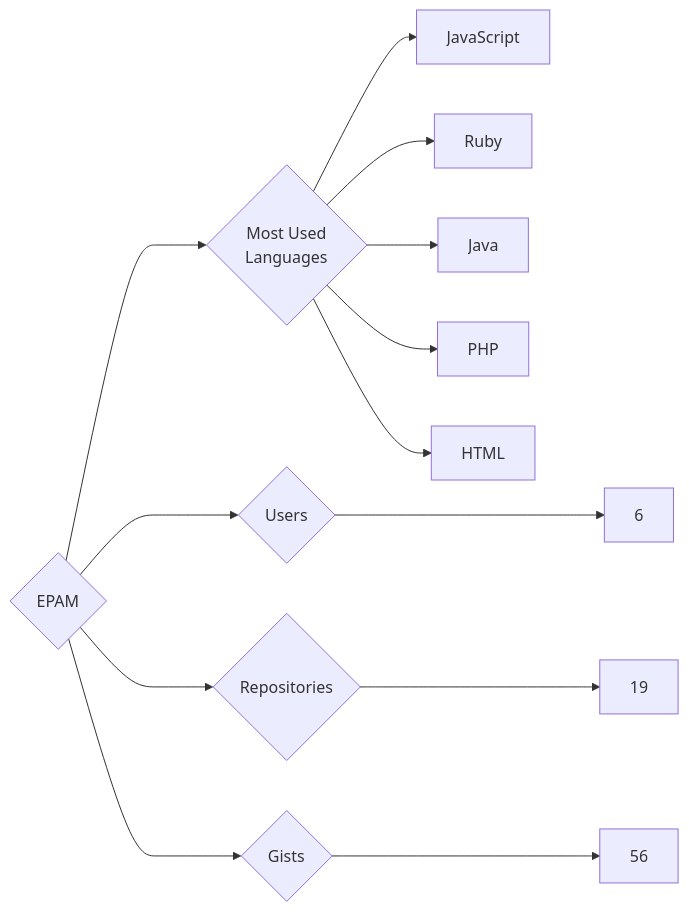
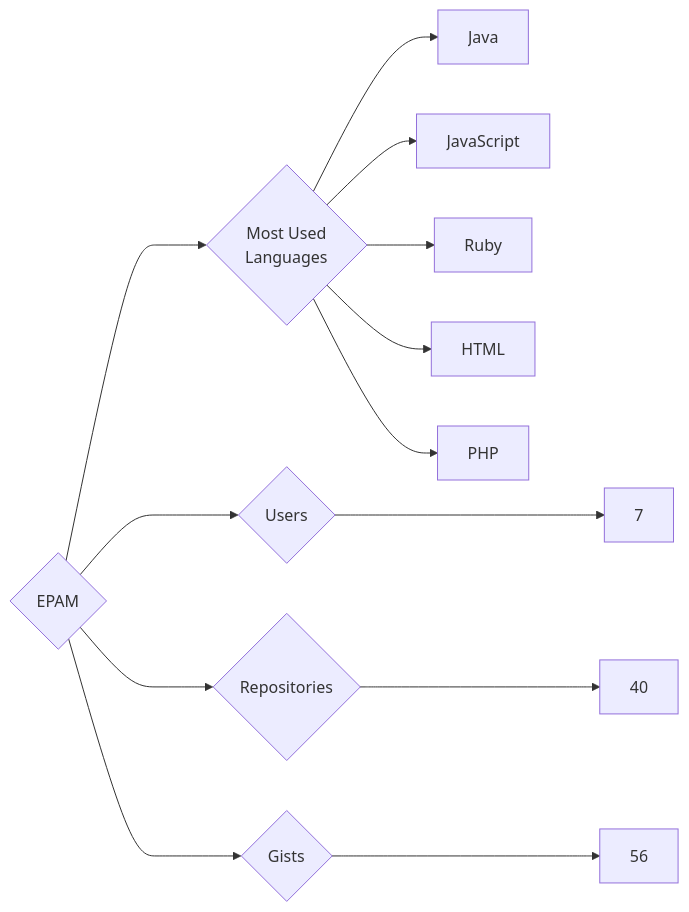
Before and after one commit to trickest/insiders: the diagram in targets/EPAM/README.md, drawn with Mermaid. The commit also changed 1088 other files, not shown here.

````diff
--- a/targets/EPAM/README.md
+++ b/targets/EPAM/README.md
@@ -3,13 +3,13 @@
 ```mermaid
 graph LR
 COMPANY_NAME{EPAM}
-COMPANY_NAME ---> U{Users} ---> UN[6]
-COMPANY_NAME ---> R{Repositories} ---> RN[19]
+COMPANY_NAME ---> U{Users} ---> UN[7]
+COMPANY_NAME ---> R{Repositories} ---> RN[40]
 COMPANY_NAME ---> G{Gists} ---> GN[56]
 COMPANY_NAME ---> ML{Most Used<br>Languages}
+ML --> Java[Java]
 ML --> JavaScript[JavaScript]
 ML --> Ruby[Ruby]
-ML --> Java[Java]
+ML --> HTML[HTML]
 ML --> PHP[PHP]
-ML --> HTML[HTML]
 ```
````
